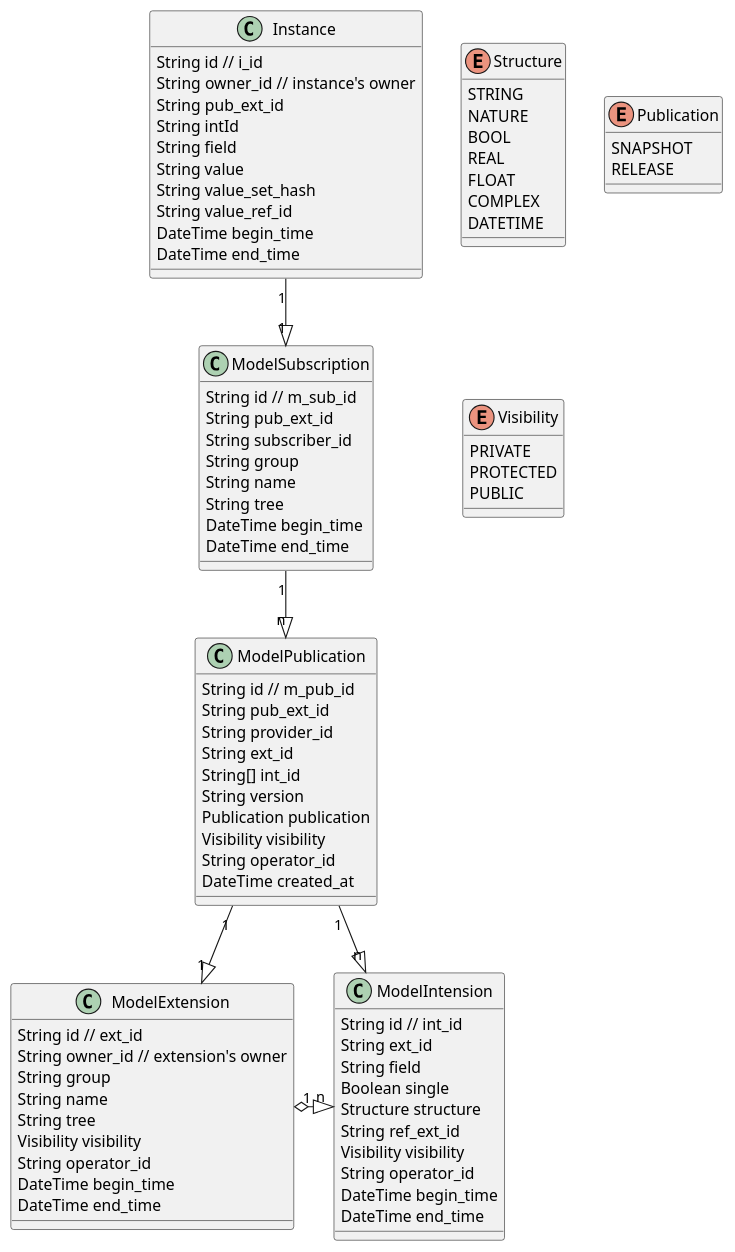
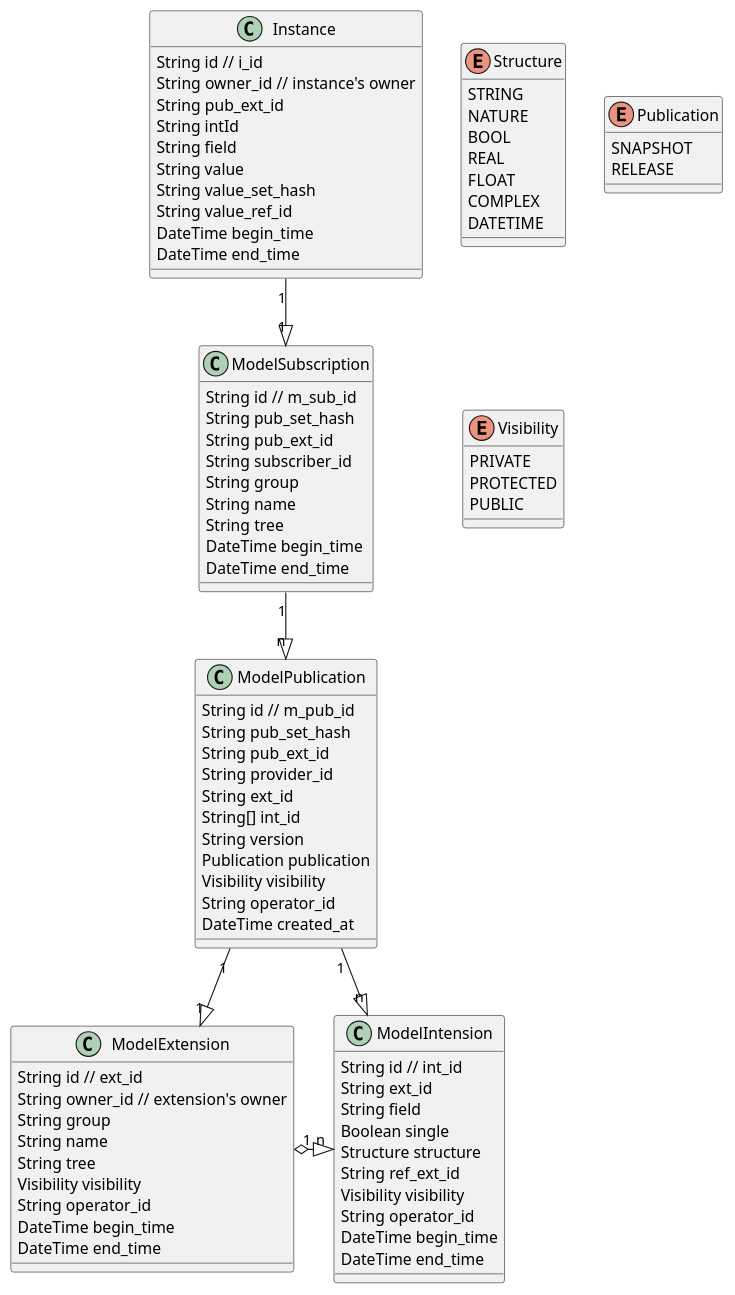
Before and after one commit to SINeWang/kiimate: the diagram in metamate.puml, drawn with PlantUML. The commit also changed 29 other files, not shown here.

Commit message:
add pub_set_hash

```diff
--- a/metamate.puml
+++ b/metamate.puml
@@ -1,108 +1,110 @@
 @startuml
 
 
 ModelSubscription "1" --|>  "n" ModelPublication
 
 ModelPublication "1" --|>  "1" ModelExtension
 ModelPublication "1" --|>  "n" ModelIntension
 
 Instance "1" --|>  "1" ModelSubscription
 
 'Instance "1" --|>  "n" InstanceTag
 
 
 ModelExtension "1" o--right--|> "n" ModelIntension
 
 class ModelExtension {
     String id // ext_id
     String owner_id // extension's owner
     String group
     String name
     String tree
     Visibility visibility
     String operator_id
     DateTime begin_time
     DateTime end_time
 }
 
 class ModelIntension {
     String id // int_id
     String ext_id
     String field
     Boolean single
     Structure structure
     String ref_ext_id
     Visibility visibility
     String operator_id
     DateTime begin_time
     DateTime end_time
 }
 
 class ModelPublication {
     String id // m_pub_id
+    String pub_set_hash
     String pub_ext_id
     String provider_id
     String ext_id
     String[] int_id
     String version
     Publication publication
     Visibility visibility
     String operator_id
     DateTime created_at
 }
 
 class ModelSubscription {
     String id // m_sub_id
+    String pub_set_hash
     String pub_ext_id
     String subscriber_id
     String group
     String name
     String tree
     DateTime begin_time
     DateTime end_time
 }
 
 enum Structure {
     STRING
     NATURE
     BOOL
     REAL
     FLOAT
     COMPLEX
     DATETIME
 }
 
 enum Publication {
     SNAPSHOT
     RELEASE
 }
 
 enum Visibility {
     PRIVATE
     PROTECTED
     PUBLIC
 }
 
 class Instance {
     String id // i_id
     String owner_id // instance's owner
     String pub_ext_id
     String intId
     String field
     String value
     String value_set_hash
     String value_ref_id
     DateTime begin_time
     DateTime end_time
 }
 
 'class InstanceTag {
 '    String id // i_tag_id
 '    String owner_id // instance's owner
 '    String[] i_id
 '    Publication publication
 '    DateTime created_at
 '    Visibility visibility
 '}
 
 @enduml
```
